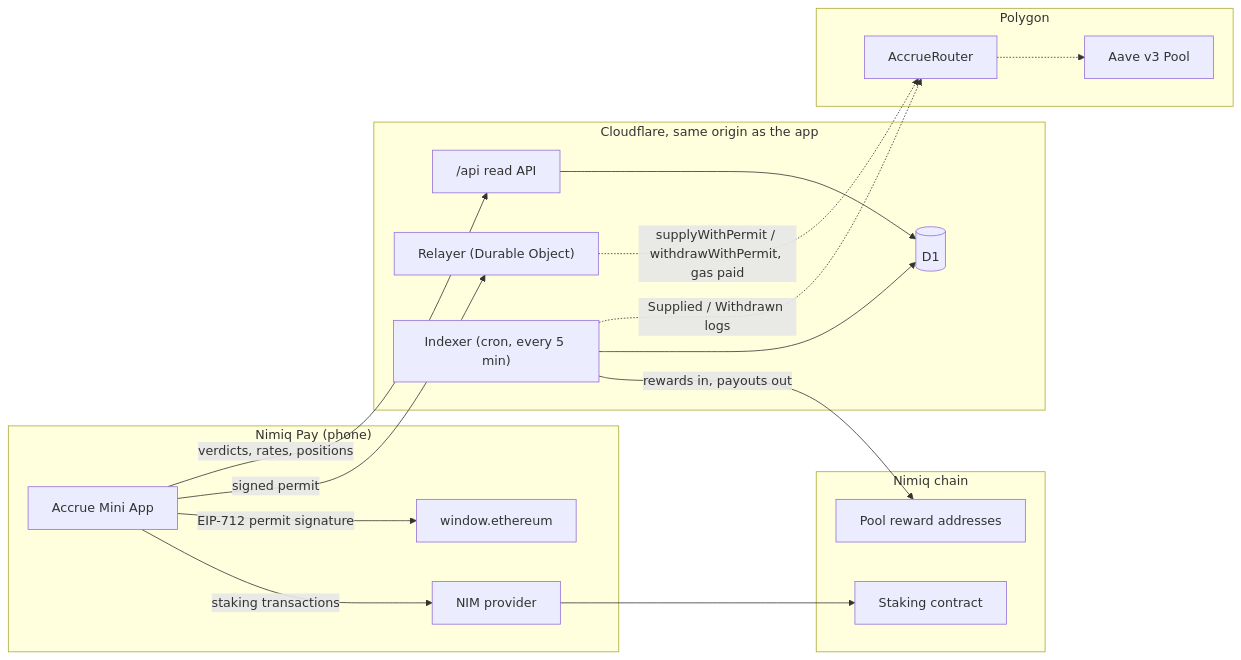
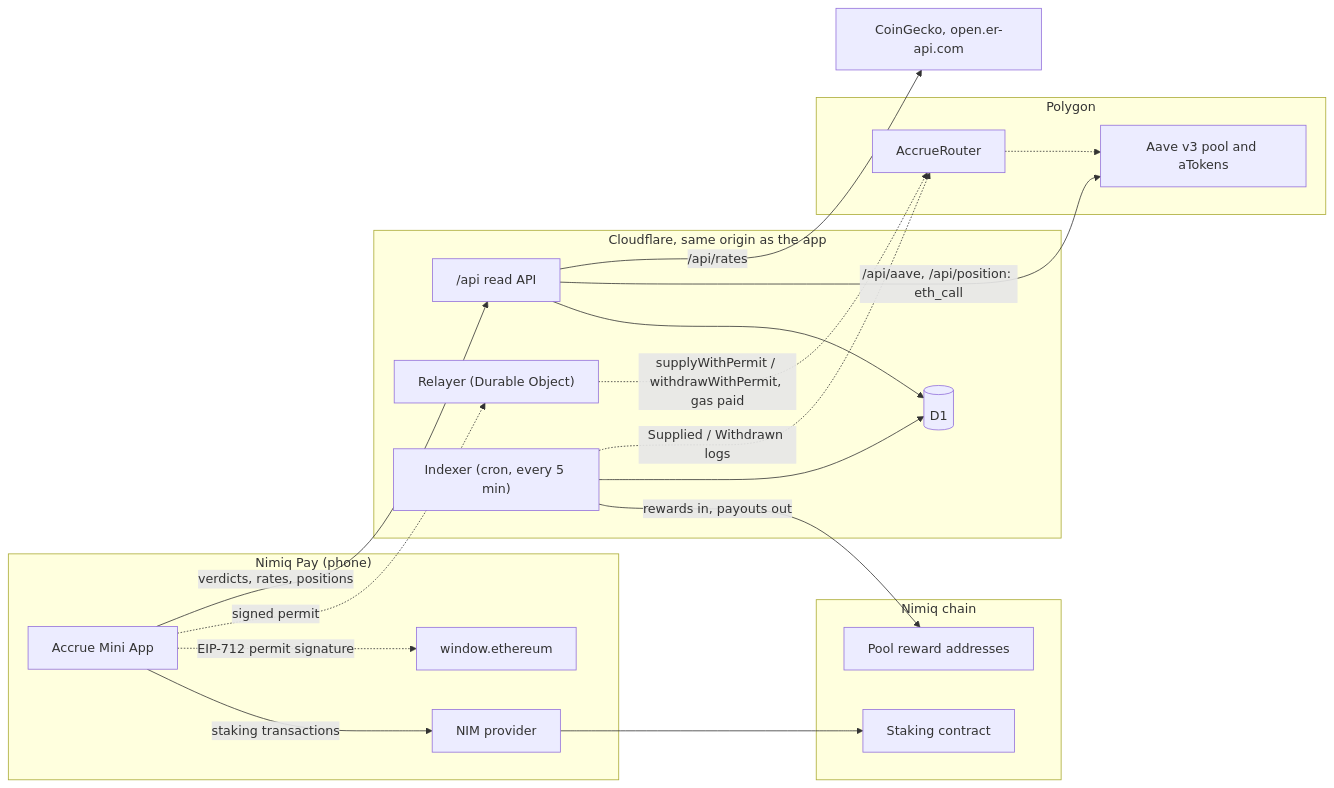
The diagram in README.md (RaYYeR220/accrue), drawn with Mermaid before and after one commit. The commit also changed other lines of this file and 8 other files, not shown here.

````diff
--- a/README.md
+++ b/README.md
@@ -54,31 +54,34 @@
 ```mermaid
 flowchart LR
   subgraph pay["Nimiq Pay (phone)"]
     app["Accrue Mini App"]
     nimprov["NIM provider"]
     evmprov["window.ethereum"]
   end
   subgraph cf["Cloudflare, same origin as the app"]
     api["/api read API"]
     relay["Relayer (Durable Object)"]
     idx["Indexer (cron, every 5 min)"]
     db[("D1")]
   end
   subgraph nimiq["Nimiq chain"]
     staking["Staking contract"]
     pools["Pool reward addresses"]
   end
   subgraph polygon["Polygon"]
     router["AccrueRouter"]
-    aave["Aave v3 Pool"]
+    aave["Aave v3 pool and aTokens"]
   end
-  app -- "staking transactions" --> nimprov --> staking
-  app -- "EIP-712 permit signature" --> evmprov
-  app -- "signed permit" --> relay
+  fx["CoinGecko, open.er-api.com"]
+  app -->|"staking transactions"| nimprov --> staking
+  app -.->|"EIP-712 permit signature"| evmprov
+  app -.->|"signed permit"| relay
   relay -.->|"supplyWithPermit / withdrawWithPermit, gas paid"| router
   router -.-> aave
-  app -- "verdicts, rates, positions" --> api --> db
-  idx -- "rewards in, payouts out" --> pools
+  app -->|"verdicts, rates, positions"| api --> db
+  api -->|"/api/aave, /api/position: eth_call"| aave
+  api -->|"/api/rates"| fx
+  idx -->|"rewards in, payouts out"| pools
   idx --> db
   idx -.->|"Supplied / Withdrawn logs"| router
 ```
````
